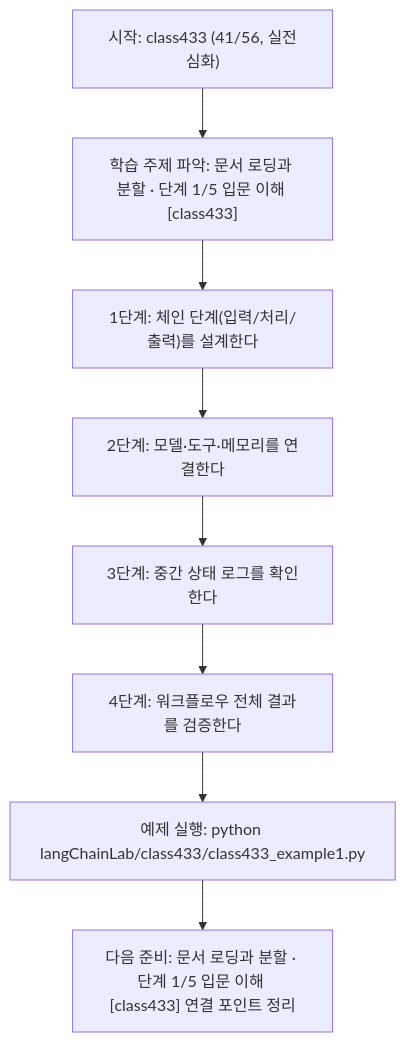
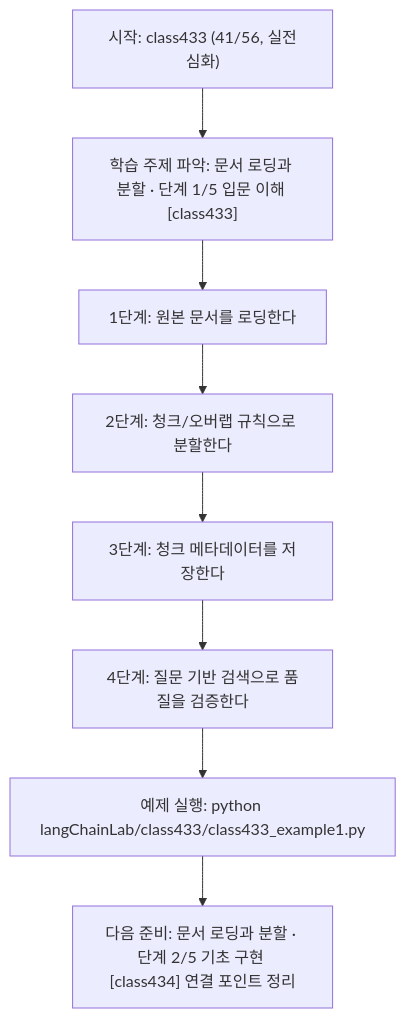
The diagram in langChainLab/class433/class433.md (edumgt/Python-AI_Agent-Class), drawn with Mermaid before and after one commit. The commit also changed other lines of this file and 395 other files, not shown here.

````diff
--- a/langChainLab/class433/class433.md
+++ b/langChainLab/class433/class433.md
@@ -110,18 +91,18 @@
 ```mermaid
 flowchart TD
 N1["시작: class433 (41/56, 실전심화)"]
 N2["학습 주제 파악: 문서 로딩과 분할 · 단계 1/5 입문 이해 [class433]"]
-N3["1단계: 체인 단계(입력/처리/출력)를 설계한다"]
-N4["2단계: 모델·도구·메모리를 연결한다"]
-N5["3단계: 중간 상태 로그를 확인한다"]
-N6["4단계: 워크플로우 전체 결과를 검증한다"]
+N3["1단계: 원본 문서를 로딩한다"]
+N4["2단계: 청크/오버랩 규칙으로 분할한다"]
+N5["3단계: 청크 메타데이터를 저장한다"]
+N6["4단계: 질문 기반 검색으로 품질을 검증한다"]
 N7["예제 실행: python langChainLab/class433/class433_example1.py"]
-N8["다음 준비: 문서 로딩과 분할 · 단계 1/5 입문 이해 [class433] 연결 포인트 정리"]
+N8["다음 준비: 문서 로딩과 분할 · 단계 2/5 기초 구현 [class434] 연결 포인트 정리"]
 N1 --> N2
 N2 --> N3
 N3 --> N4
 N4 --> N5
 N5 --> N6
 N6 --> N7
 N7 --> N8
 ```
````
